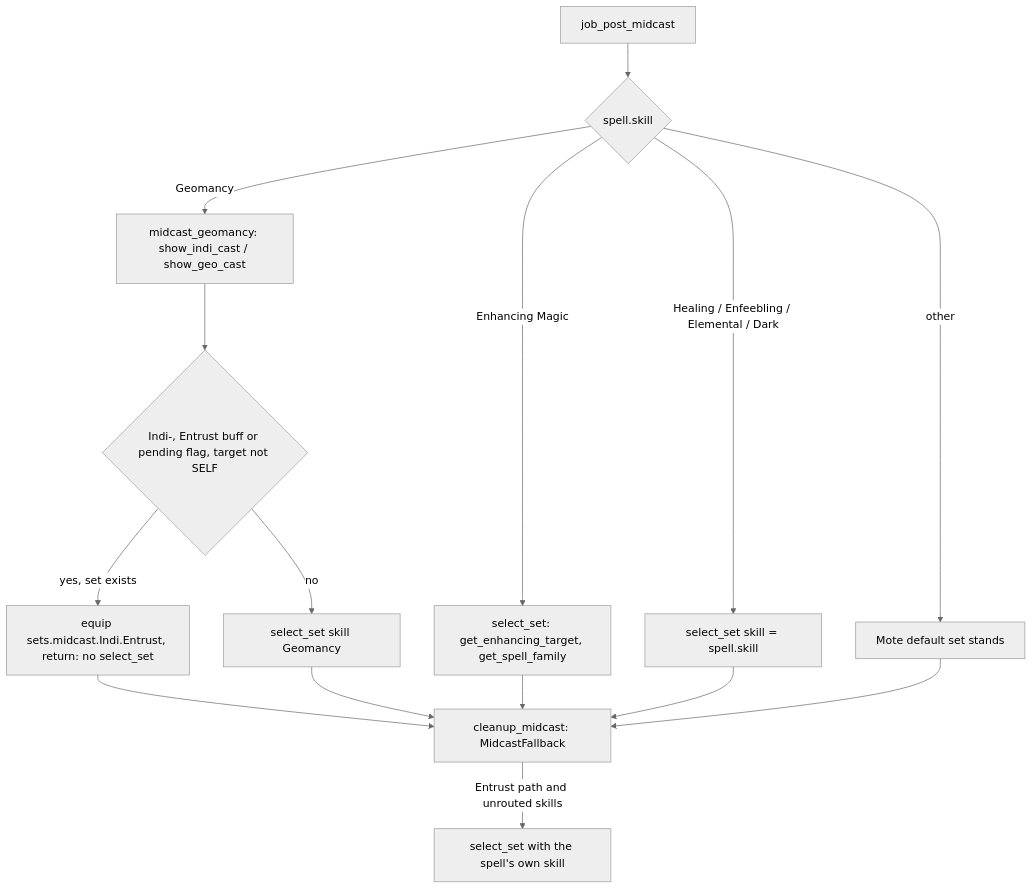
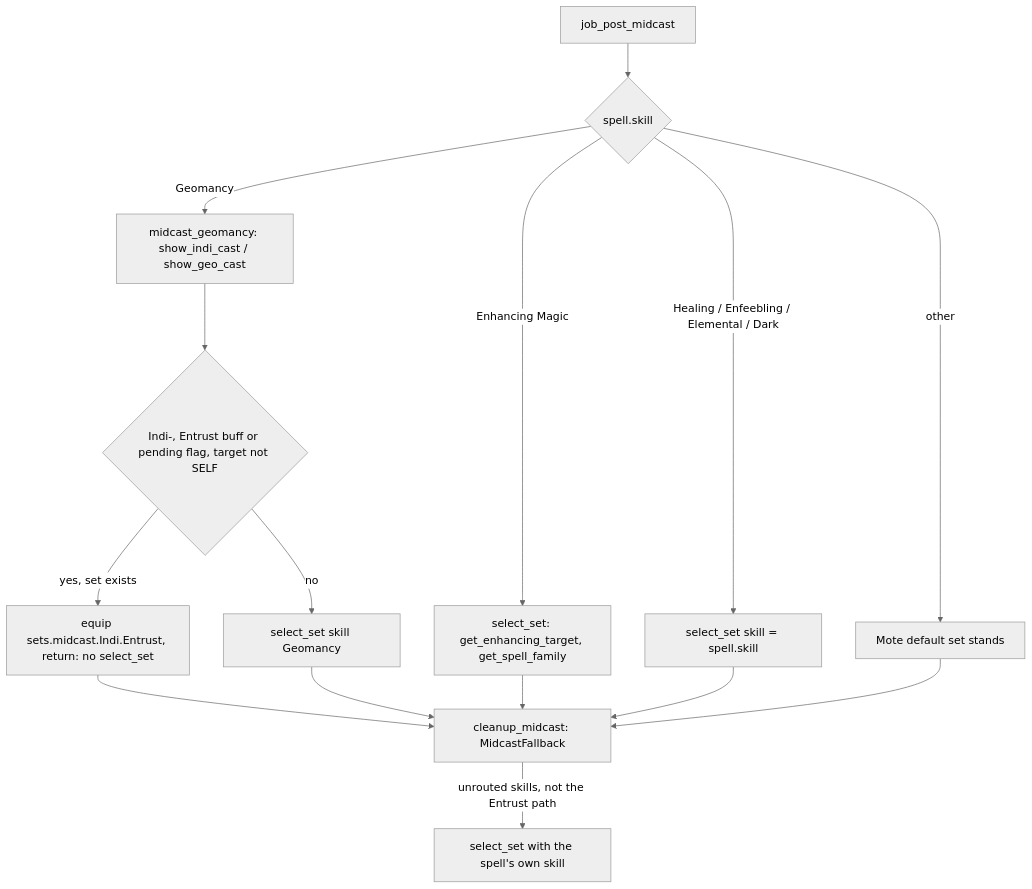
The third of 3 diagrams in docs/dev/jobs/geo.md (ejouanchicot/Gearswap), drawn with Mermaid (neutral theme) before and after one commit. The commit also changed other lines of this file and 83 other files, not shown here.

````diff
--- a/docs/dev/jobs/geo.md
+++ b/docs/dev/jobs/geo.md
@@ -187,17 +188,17 @@
 ```mermaid
 flowchart TD
     A[job_post_midcast] --> G{spell.skill}
     G -- Geomancy --> M[midcast_geomancy: show_indi_cast / show_geo_cast]
     M --> E{Indi-, Entrust buff or pending flag, target not SELF}
     E -- yes, set exists --> S[equip sets.midcast.Indi.Entrust, return: no select_set]
     E -- no --> MM[select_set skill Geomancy]
     G -- Enhancing Magic --> EN[select_set: get_enhancing_target, get_spell_family]
     G -- Healing / Enfeebling / Elemental / Dark --> PL[select_set skill = spell.skill]
     G -- other --> Z[Mote default set stands]
     S --> FB[cleanup_midcast: MidcastFallback]
     MM --> FB
     EN --> FB
     PL --> FB
     Z --> FB
-    FB -- Entrust path and unrouted skills --> R2[select_set with the spell's own skill]
+    FB -- unrouted skills, not the Entrust path --> R2[select_set with the spell's own skill]
 ```
````
